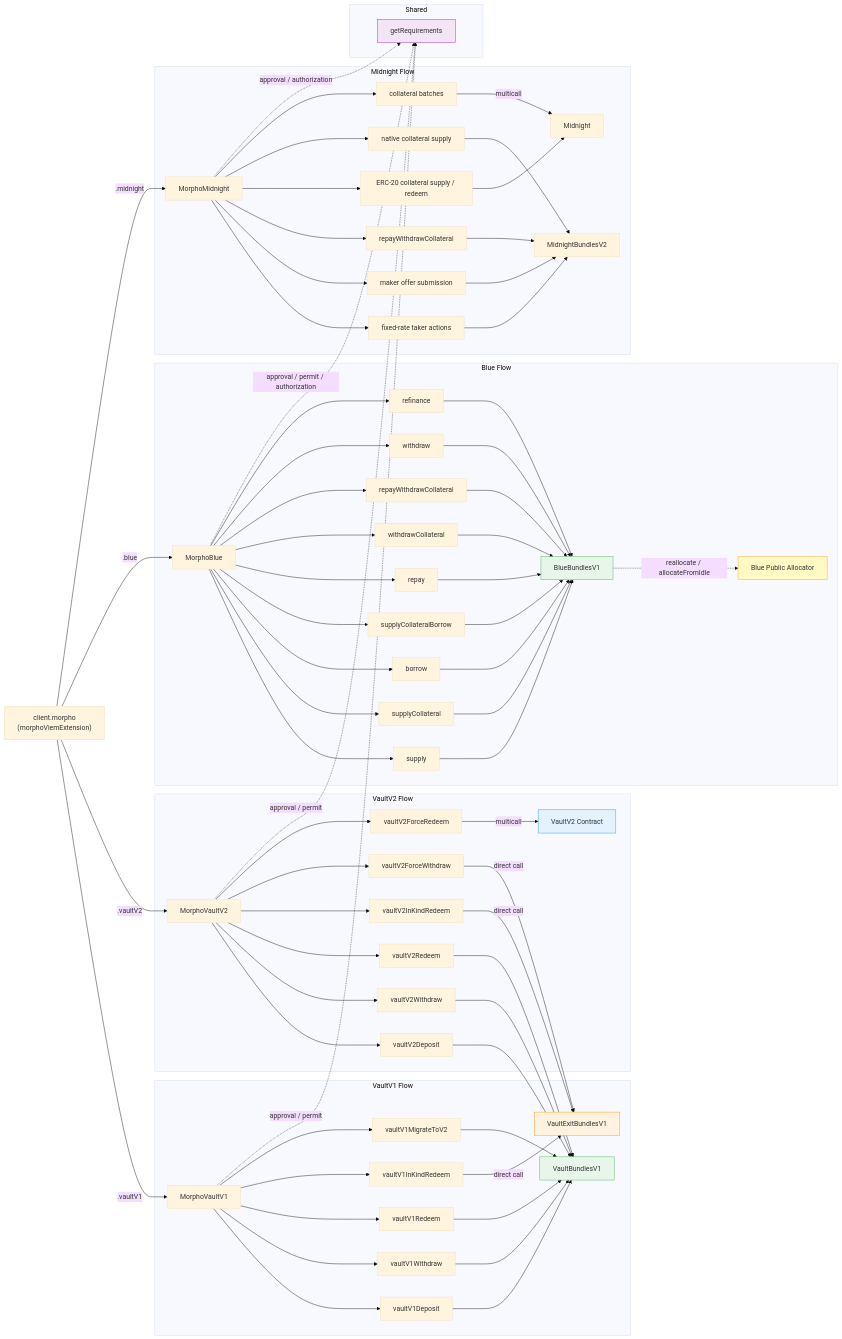
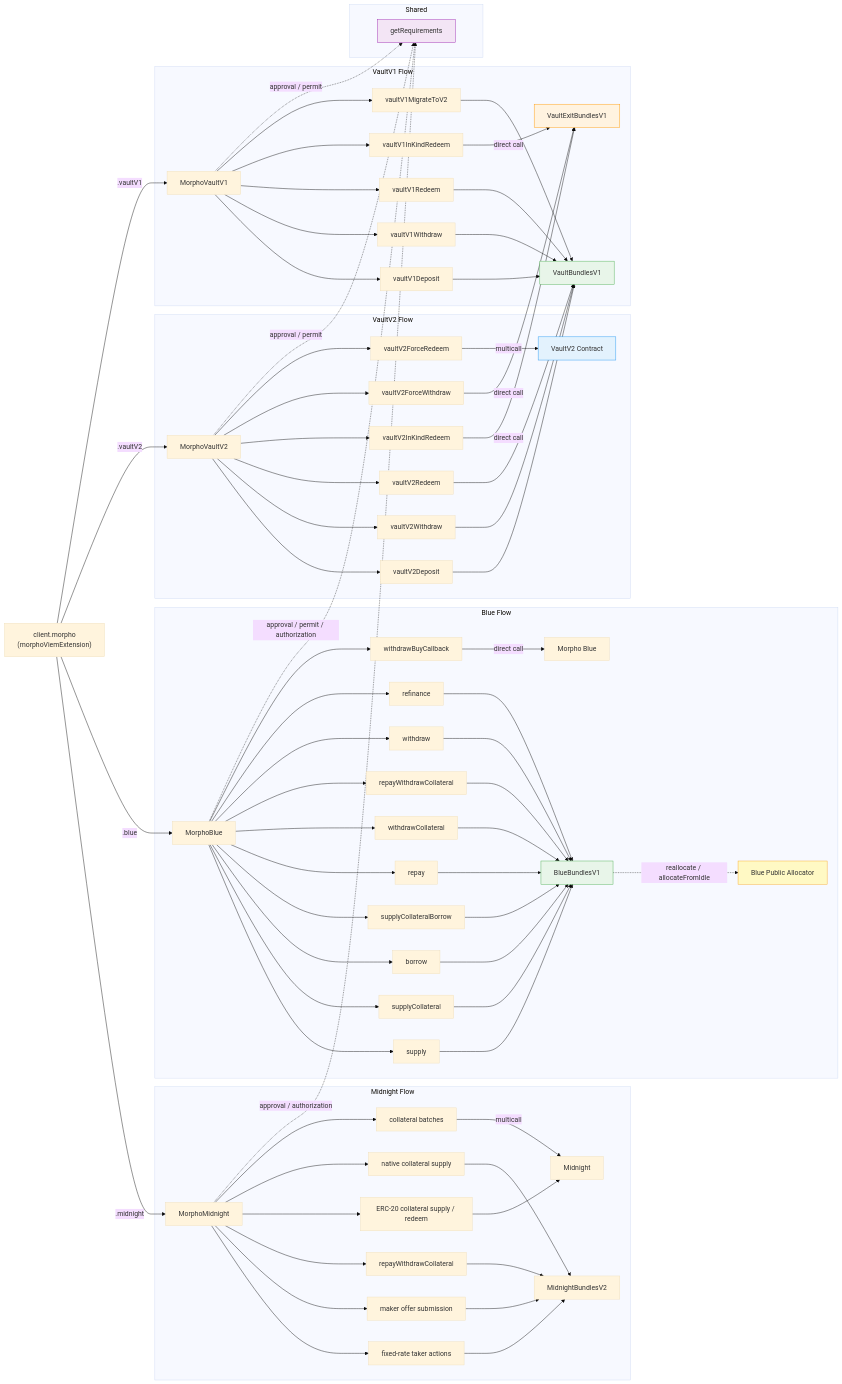
Before and after one commit to morpho-org/sdks: the diagram in packages/morpho-sdk/README.md, drawn with Mermaid (base theme). The commit also changed other lines of this file and 15 other files, not shown here.

```diff
--- a/packages/morpho-sdk/README.md
+++ b/packages/morpho-sdk/README.md
@@ -537,10 +521,10 @@
 graph LR
     MC["client.morpho<br/>(morphoViemExtension)"]
 
+    MC -->|.midnight| MN1
+    MC -->|.blue| MM1
+    MC -->|.vaultV2| MV2
     MC -->|.vaultV1| MV1
-    MC -->|.vaultV2| MV2
-    MC -->|.blue| MM1
-    MC -->|.midnight| MN1
 
     subgraph VaultV1 Flow
         MV1[MorphoVaultV1]
@@ -574,31 +558,6 @@
         V2FR -->|multicall| V2C[VaultV2 Contract]
     end
 
-    subgraph Blue Flow
-        MM1[MorphoBlue]
-        MM1 --> M1S[supply]
-        MM1 --> M1SC[supplyCollateral]
-        MM1 --> M1B[borrow]
-        MM1 --> M1SCB[supplyCollateralBorrow]
-        MM1 --> M1R[repay]
-        MM1 --> M1WC[withdrawCollateral]
-        MM1 --> M1RW[repayWithdrawCollateral]
-        MM1 --> M1W[withdraw]
-        MM1 --> M1M[refinance]
-
-        M1S --> BBV1[BlueBundlesV1]
-        M1SC --> BBV1
-        M1B --> BBV1
-        M1SCB --> BBV1
-        M1R --> BBV1
-        M1WC --> BBV1
-        M1RW --> BBV1
-        M1W --> BBV1
-        M1M --> BBV1
-
-        BBV1 -.->|reallocate / allocateFromIdle| BPA[Blue Public Allocator]
-    end
-
     subgraph Midnight Flow
         MN1[MorphoMidnight]
         MN1 --> MNT[fixed-rate taker actions]
@@ -613,6 +572,33 @@
         MNS --> MNB2
         MNP --> MNC[Midnight]
         MNCB -->|multicall| MNC
+    end
+
+    subgraph Blue Flow
+        MM1[MorphoBlue]
+        MM1 --> M1S[supply]
+        MM1 --> M1SC[supplyCollateral]
+        MM1 --> M1B[borrow]
+        MM1 --> M1SCB[supplyCollateralBorrow]
+        MM1 --> M1R[repay]
+        MM1 --> M1WC[withdrawCollateral]
+        MM1 --> M1RW[repayWithdrawCollateral]
+        MM1 --> M1W[withdraw]
+        MM1 --> M1M[refinance]
+        MM1 --> M1WBC[withdrawBuyCallback]
+
+        M1S --> BBV1[BlueBundlesV1]
+        M1SC --> BBV1
+        M1B --> BBV1
+        M1SCB --> BBV1
+        M1R --> BBV1
+        M1WC --> BBV1
+        M1RW --> BBV1
+        M1W --> BBV1
+        M1M --> BBV1
+
+        M1WBC -->|direct call| MB[Morpho Blue]
+        BBV1 -.->|reallocate / allocateFromIdle| BPA[Blue Public Allocator]
     end
 
 
```
